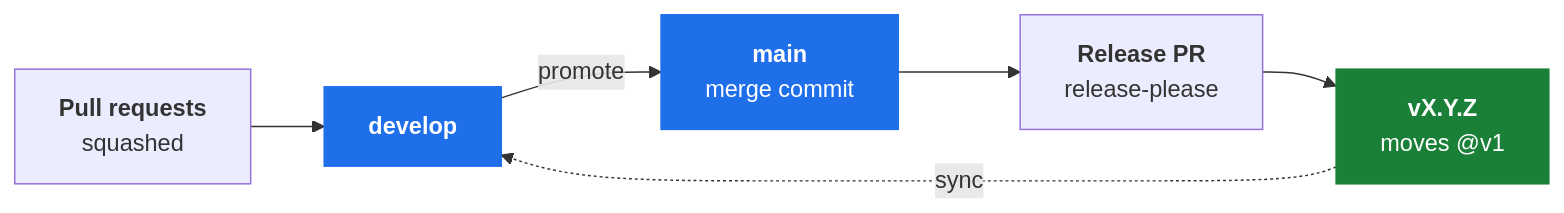
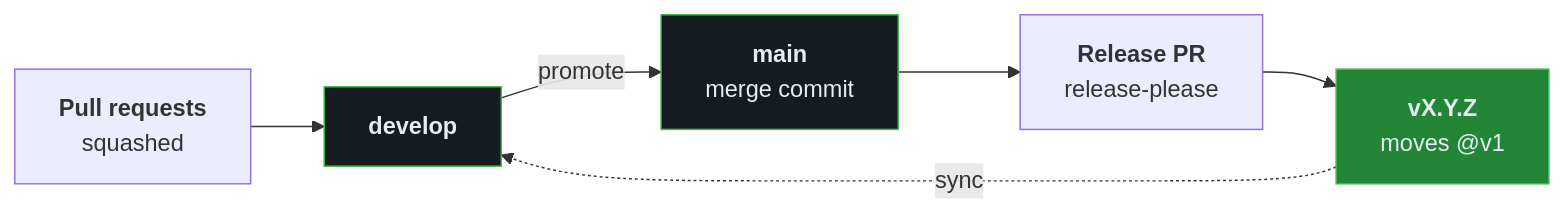
One commit to SteerSpec/strspc-pr-review changed the second of 2 diagrams in README.md. Above: the diagram before and after it, drawn with Mermaid. The commit also changed other lines of this file and 1 other file, not shown here.

````diff
--- a/README.md
+++ b/README.md
@@ -685,19 +687,19 @@
 ```mermaid
 flowchart LR
     PR["<b>Pull requests</b><br/>squashed"]
     D["<b>develop</b>"]
     M["<b>main</b><br/>merge commit"]
     R["<b>Release PR</b><br/>release-please"]
     T["<b>vX.Y.Z</b><br/>moves @v1"]
 
     PR --> D
     D -->|promote| M
     M --> R
     R --> T
     T -.->|sync| D
 
-    classDef branch fill:#1f6feb,stroke:#1f6feb,color:#ffffff
-    classDef release fill:#1a7f37,stroke:#1a7f37,color:#ffffff
+    classDef branch fill:#161B22,stroke:#3FB950,color:#E6EDF3
+    classDef release fill:#238636,stroke:#3FB950,color:#E6EDF3
     class D,M branch
     class T release
 ```
````
